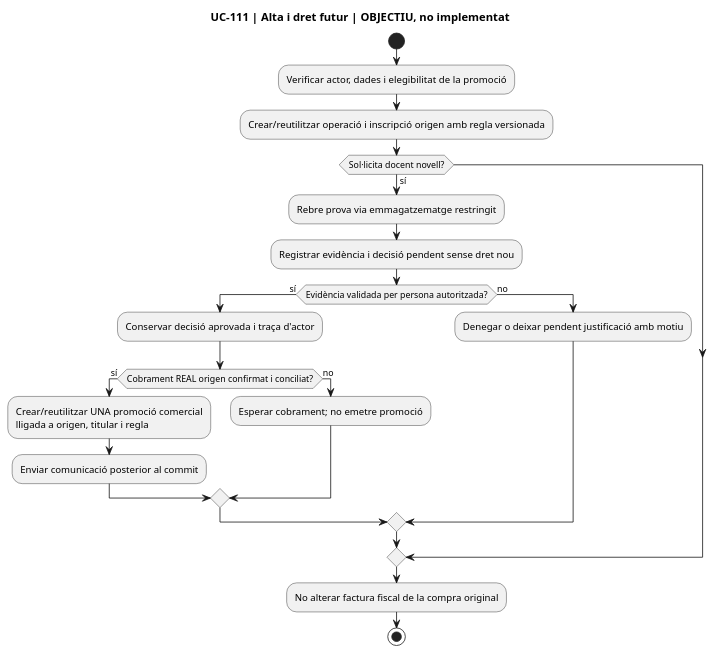
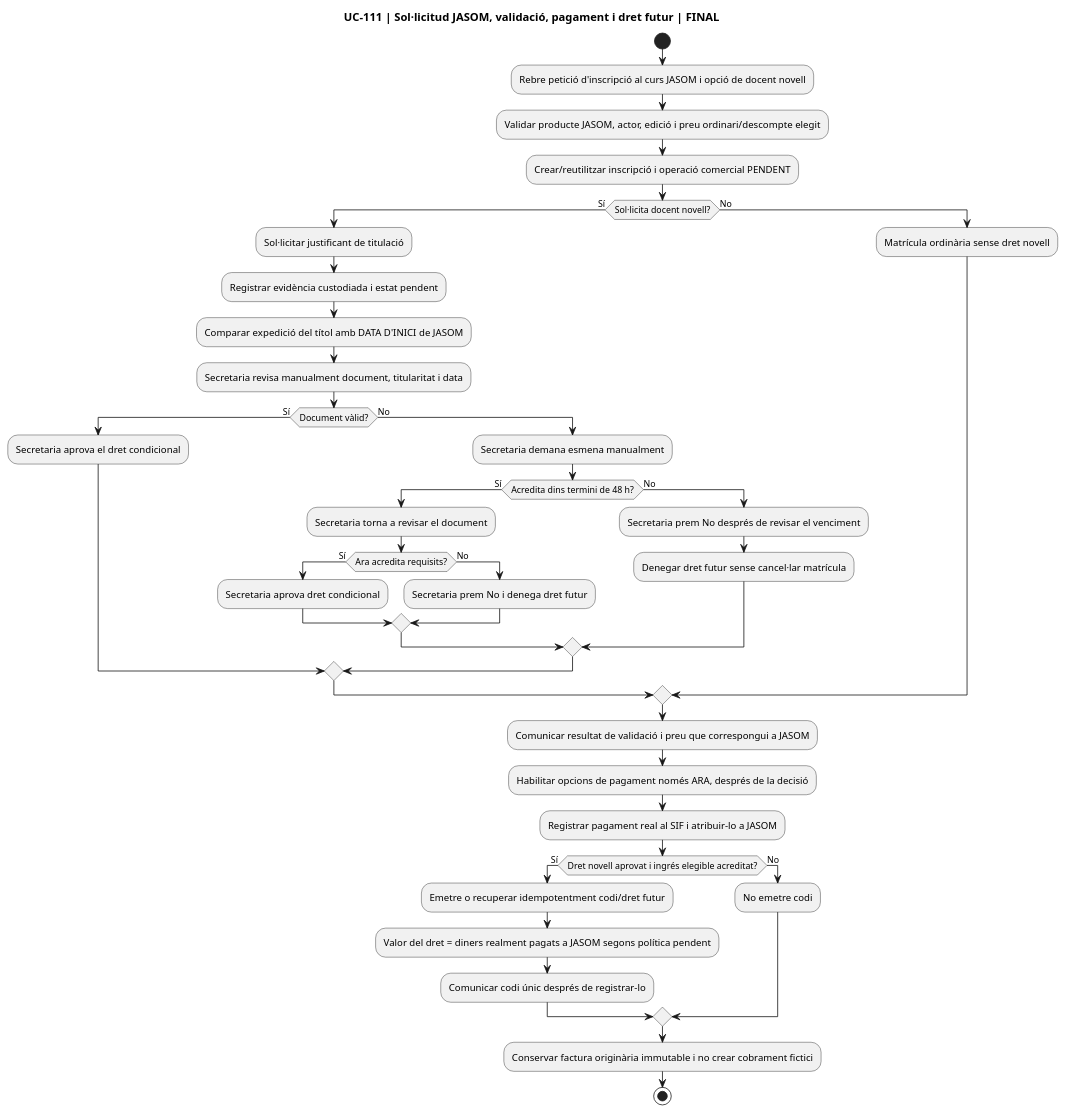
Before and after one commit to orgmeriemprismacat-del/verifactu: the fifth of 7 diagrams in documentacio/07-uml-integrat/uc-111-docent-novell-dret-futur.md, drawn with PlantUML. The commit also changed other lines of this file, not shown here.

Commit message:
docs: reconcile UC-111 activity with single future benefit, eligibility at JASOM start and payment only after validation

````diff
--- a/documentacio/07-uml-integrat/uc-111-docent-novell-dret-futur.md
+++ b/documentacio/07-uml-integrat/uc-111-docent-novell-dret-futur.md
@@ -184,26 +184,45 @@
 ```plantuml
 @startuml
-title UC-111 | Alta i dret futur | OBJECTIU, no implementat
+title UC-111 | Sol·licitud JASOM, validació, pagament i dret futur | FINAL
 start
-:Verificar actor, dades i elegibilitat de la promoció;
-:Crear/reutilitzar operació i inscripció origen amb regla versionada;
-if (Sol·licita docent novell?) then (sí)
- :Rebre prova via emmagatzematge restringit;
- :Registrar evidència i decisió pendent sense dret nou;
- if (Evidència validada per persona autoritzada?) then (sí)
-  :Conservar decisió aprovada i traça d'actor;
-  if (Cobrament REAL origen confirmat i conciliat?) then (sí)
-   :Crear/reutilitzar UNA promoció comercial
-   lligada a origen, titular i regla;
-   :Enviar comunicació posterior al commit;
-  else (no)
-   :Esperar cobrament; no emetre promoció;
+:Rebre petició d'inscripció al curs JASOM i opció de docent novell;
+:Validar producte JASOM, actor, edició i preu ordinari/descompte elegit;
+:Crear/reutilitzar inscripció i operació comercial PENDENT;
+if (Sol·licita docent novell?) then (Sí)
+ :Sol·licitar justificant de titulació;
+ :Registrar evidència custodiada i estat pendent;
+ :Comparar expedició del títol amb DATA D'INICI de JASOM;
+ :Secretaria revisa manualment document, titularitat i data;
+ if (Document vàlid?) then (Sí)
+  :Secretaria aprova el dret condicional;
+ else (No)
+  :Secretaria demana esmena manualment;
+  if (Acredita dins termini de 48 h?) then (Sí)
+   :Secretaria torna a revisar el document;
+   if (Ara acredita requisits?) then (Sí)
+    :Secretaria aprova dret condicional;
+   else (No)
+    :Secretaria prem No i denega dret futur;
+   endif
+  else (No)
+   :Secretaria prem No després de revisar el venciment;
+   :Denegar dret futur sense cancel·lar matrícula;
   endif
- else (no)
-  :Denegar o deixar pendent justificació amb motiu;
  endif
+else (No)
+ :Matrícula ordinària sense dret novell;
 endif
-:No alterar factura fiscal de la compra original;
+:Comunicar resultat de validació i preu que correspongui a JASOM;
+:Habilitar opcions de pagament només ARA, després de la decisió;
+:Registrar pagament real al SIF i atribuir-lo a JASOM;
+if (Dret novell aprovat i ingrés elegible acreditat?) then (Sí)
+ :Emetre o recuperar idempotentment codi/dret futur;
+ :Valor del dret = diners realment pagats a JASOM segons política pendent;
+ :Comunicar codi únic després de registrar-lo;
+else (No)
+ :No emetre codi;
+endif
+:Conservar factura originària immutable i no crear cobrament fictici;
 stop
 @enduml
 ```
````
